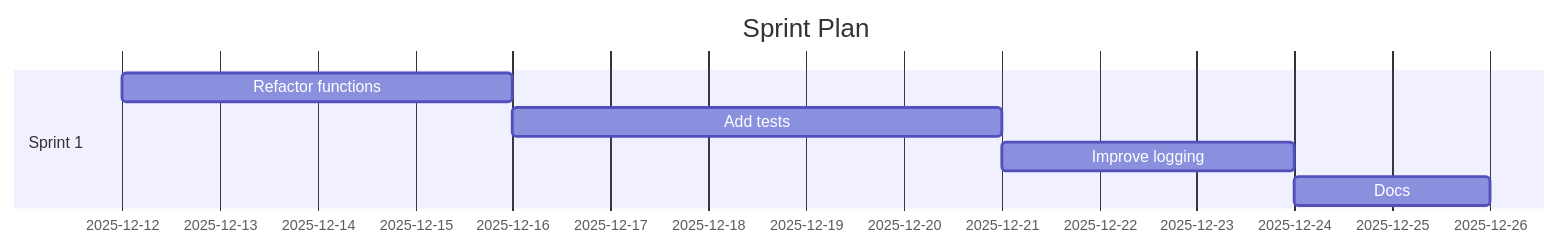
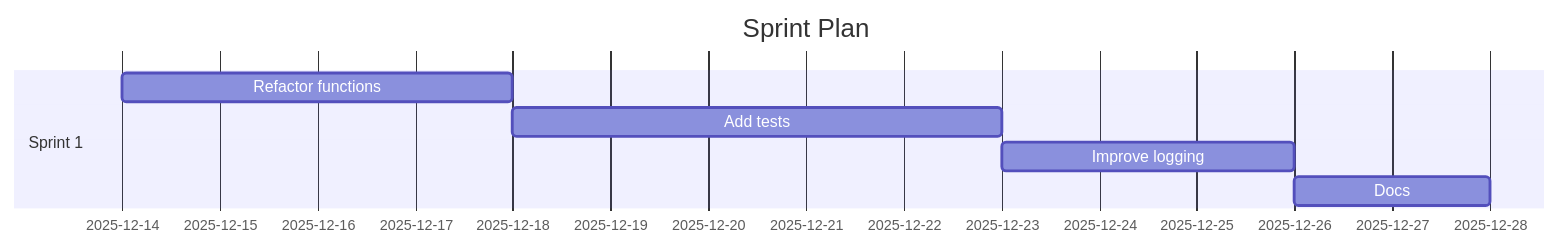
Before and after one commit to Anselmoo/mcp-ai-agent-guidelines: the diagram in demos/demo-code-analysis.sprint.md, drawn with Mermaid. The commit also changed other lines of this file and 22 other files, not shown here.

````diff
--- a/demos/demo-code-analysis.sprint.md
+++ b/demos/demo-code-analysis.sprint.md
@@ -59,11 +59,11 @@
 ```mermaid
 gantt
 	dateFormat  YYYY-MM-DD
 	title Sprint Plan
 %% Accessibility: Title=Project Sprint Plan; Description=Gantt chart of sprints and tasks over time. %%
   section Sprint 1
-  Refactor functions :s1t0, 2025-12-12, 4d
-  Add tests :s1t1, 2025-12-16, 5d
-  Improve logging :s1t2, 2025-12-21, 3d
-  Docs :s1t3, 2025-12-24, 2d
+  Refactor functions :s1t0, 2025-12-14, 4d
+  Add tests :s1t1, 2025-12-18, 5d
+  Improve logging :s1t2, 2025-12-23, 3d
+  Docs :s1t3, 2025-12-26, 2d
 ```
````
